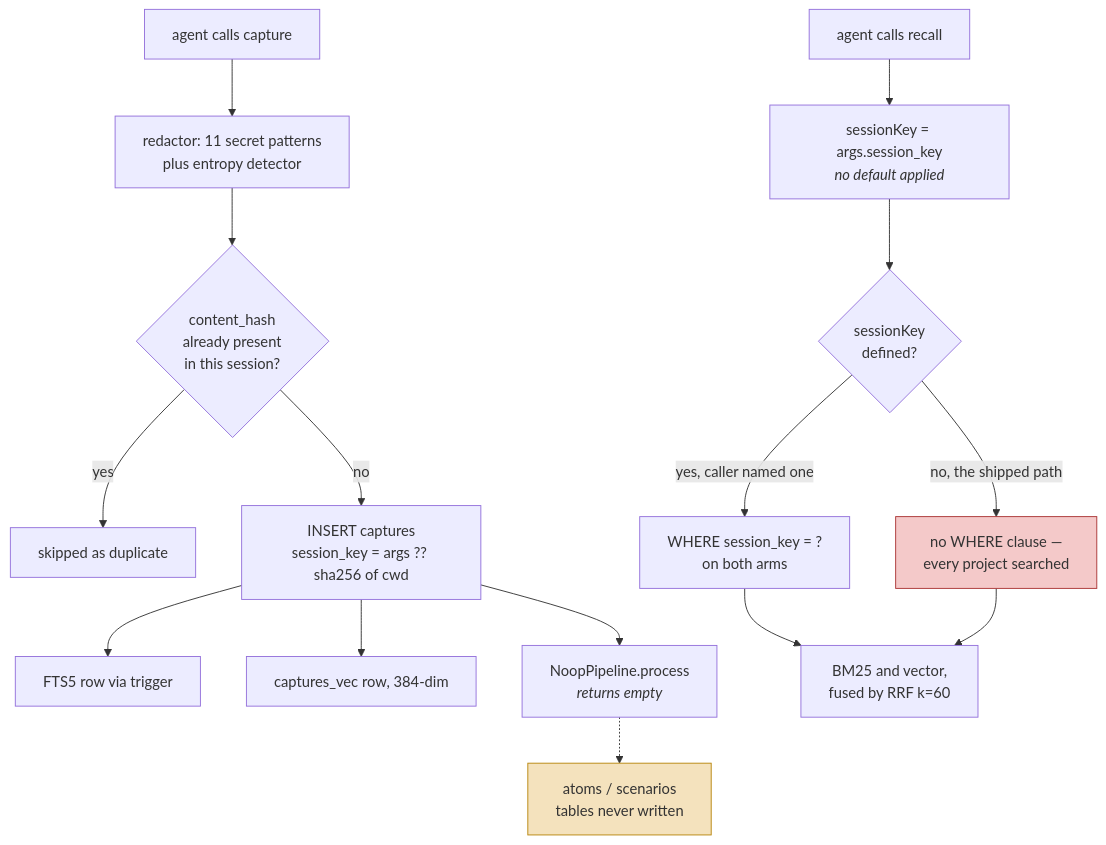
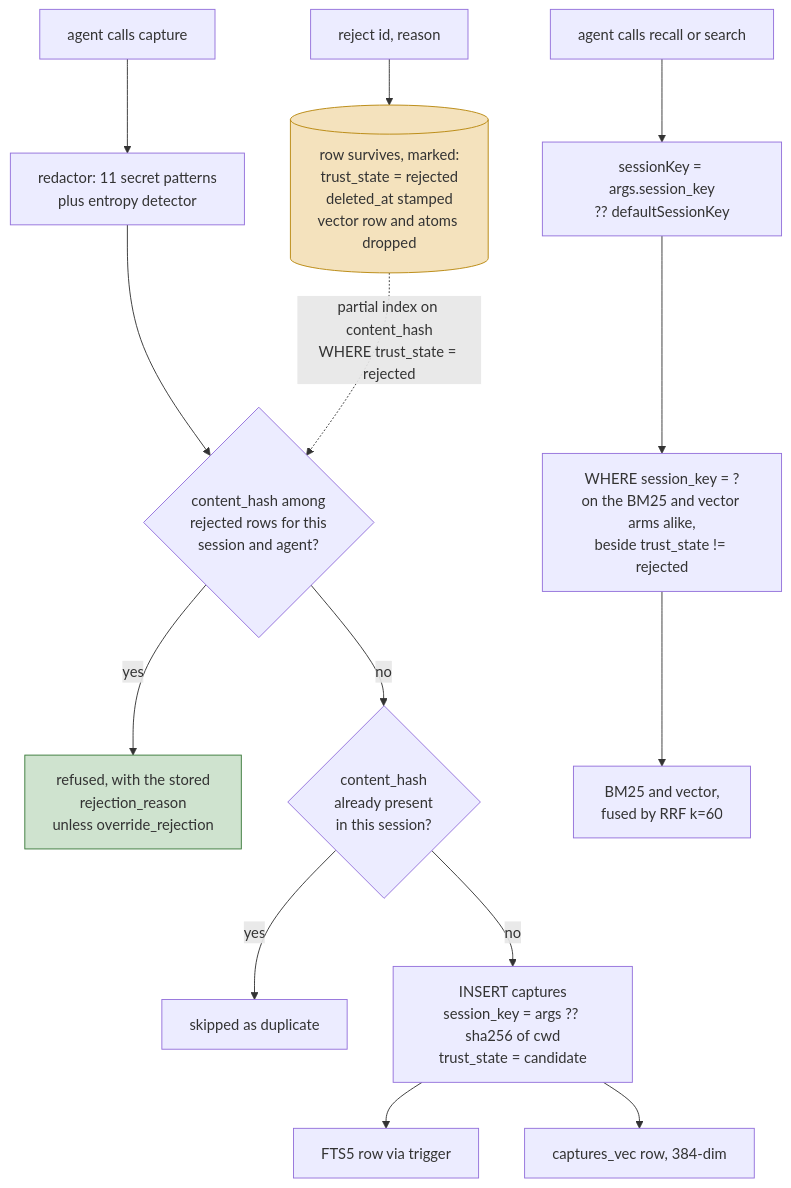
The diagram in content/systems/remem-mcp.md (neoneye/agent-memory-atlas), drawn with Mermaid before and after one commit. The commit also changed other lines of this file and 402 other files, not shown here.

````diff
--- a/content/systems/remem-mcp.md
+++ b/content/systems/remem-mcp.md
@@ -106,22 +108,22 @@
 ```mermaid
-%% caption: capture defaults the session key to a hash of the working directory and recall does not, so the shipped recall path searches every project — and the pipeline that would write the atom tables returns empty
+%% caption: the write path looks its own content hash up among the rejected rows, so a refused value cannot re-enter — and each read handler substitutes the project's key before the storage layer's `if (sessionKey)` guard is reached, so no shipped path arrives there with undefined
 flowchart TB
     A["agent calls capture"] --> RD["redactor: 11 secret patterns<br/>plus entropy detector"]
-    RD --> DH{"content_hash<br/>already present<br/>in this session?"}
+    RD --> RJ{"content_hash among<br/>rejected rows for this<br/>session and agent?"}
+    RJ -- yes --> REF["refused, with the stored<br/>rejection_reason<br/>unless override_rejection"]
+    RJ -- no --> DH{"content_hash<br/>already present<br/>in this session?"}
     DH -- yes --> SKIP["skipped as duplicate"]
-    DH -- no --> W["INSERT captures<br/>session_key = args ?? sha256 of cwd"]
+    DH -- no --> W["INSERT captures<br/>session_key = args ?? sha256 of cwd<br/>trust_state = candidate"]
     W --> FTS["FTS5 row via trigger"]
     W --> VEC["captures_vec row, 384-dim"]
-    W --> NP["NoopPipeline.process<br/><i>returns empty</i>"]
-    NP -.-> L12["atoms / scenarios<br/>tables never written"]
 
-    R["agent calls recall"] --> RK["sessionKey = args.session_key<br/><i>no default applied</i>"]
-    RK --> Q{"sessionKey<br/>defined?"}
-    Q -- "yes, caller named one" --> SC["WHERE session_key = ?<br/>on both arms"]
-    Q -- "no, the shipped path" --> ALL["no WHERE clause —<br/>every project searched"]
+    RJC["reject id, reason"] --> T[("row survives, marked:<br/>trust_state = rejected<br/>deleted_at stamped<br/>vector row and atoms dropped")]
+    T -. "partial index on content_hash<br/>WHERE trust_state = rejected" .-> RJ
+
+    R["agent calls recall or search"] --> RK["sessionKey = args.session_key<br/>?? defaultSessionKey"]
+    RK --> SC["WHERE session_key = ?<br/>on the BM25 and vector arms alike,<br/>beside trust_state != rejected"]
     SC --> F["BM25 and vector,<br/>fused by RRF k=60"]
-    ALL --> F
 
-    style L12 fill:#f4e2bd,stroke:#b8860b
-    style ALL fill:#f4c9c9,stroke:#a33
+    style REF fill:#cfe3cf,stroke:#3a7a3a
+    style T fill:#f4e2bd,stroke:#b8860b
 ```
````
